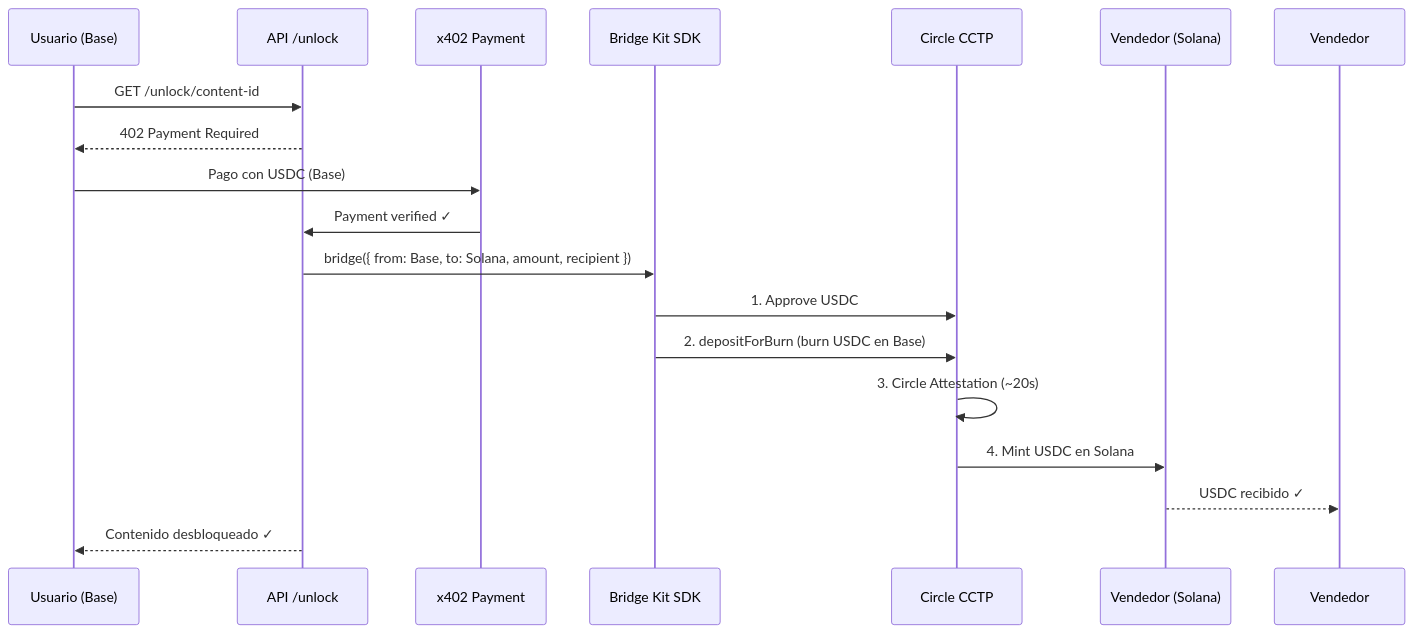
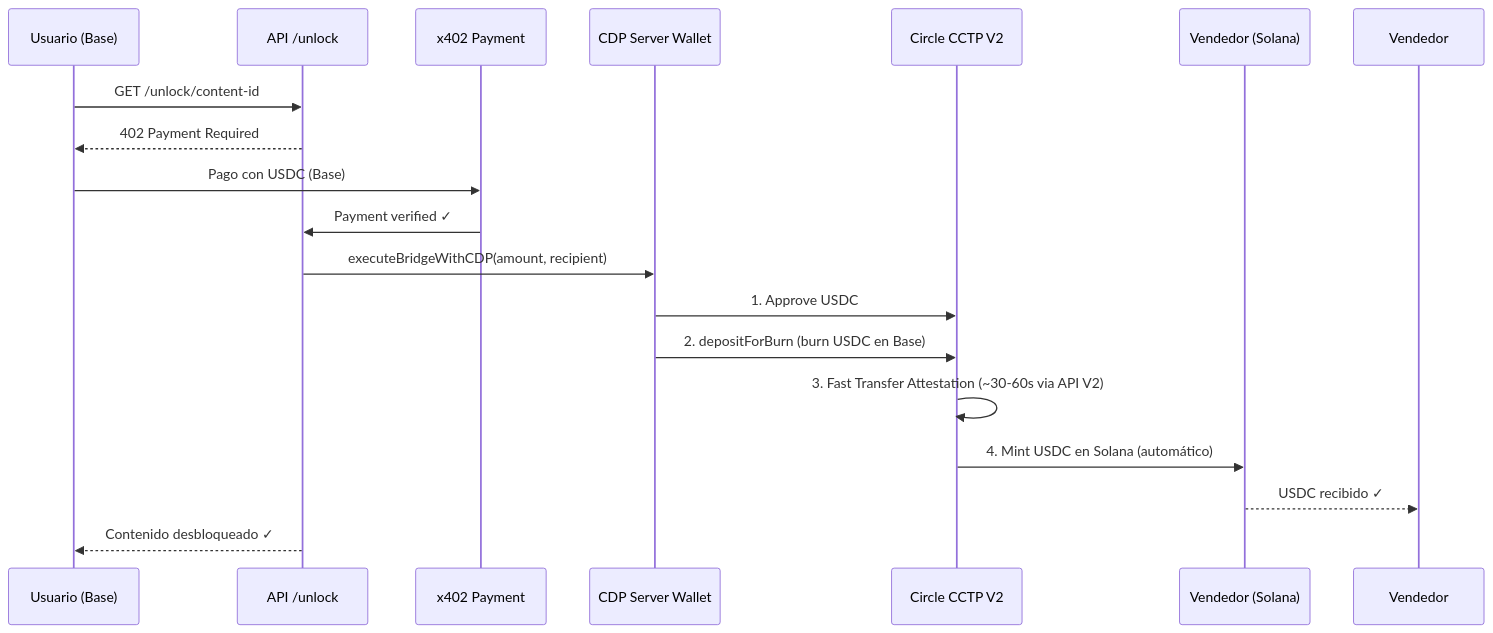
Before and after one commit to Beor18/x402-bridge-tuneport: the diagram in README.md, drawn with Mermaid. The commit also changed other lines of this file and 7 other files, not shown here.

First line of the commit message:
Implement CCTP V2 Bridge with Fast Transfer and UI Enhancements

````diff
--- a/README.md
+++ b/README.md
@@ -156,21 +156,21 @@
 ```mermaid
 sequenceDiagram
     participant User as Usuario (Base)
     participant API as API /unlock
     participant x402 as x402 Payment
-    participant BridgeKit as Bridge Kit SDK
-    participant CCTP as Circle CCTP
+    participant CDP as CDP Server Wallet
+    participant CCTP as Circle CCTP V2
     participant Solana as Vendedor (Solana)
     
     User->>API: GET /unlock/content-id
     API-->>User: 402 Payment Required
     User->>x402: Pago con USDC (Base)
     x402->>API: Payment verified ✓
-    API->>BridgeKit: bridge({ from: Base, to: Solana, amount, recipient })
-    BridgeKit->>CCTP: 1. Approve USDC
-    BridgeKit->>CCTP: 2. depositForBurn (burn USDC en Base)
-    CCTP->>CCTP: 3. Circle Attestation (~20s)
-    CCTP->>Solana: 4. Mint USDC en Solana
+    API->>CDP: executeBridgeWithCDP(amount, recipient)
+    CDP->>CCTP: 1. Approve USDC
+    CDP->>CCTP: 2. depositForBurn (burn USDC en Base)
+    CCTP->>CCTP: 3. Fast Transfer Attestation (~30-60s via API V2)
+    CCTP->>Solana: 4. Mint USDC en Solana (automático)
     Solana-->>Vendedor: USDC recibido ✓
     API-->>User: Contenido desbloqueado ✓
 ```
````
